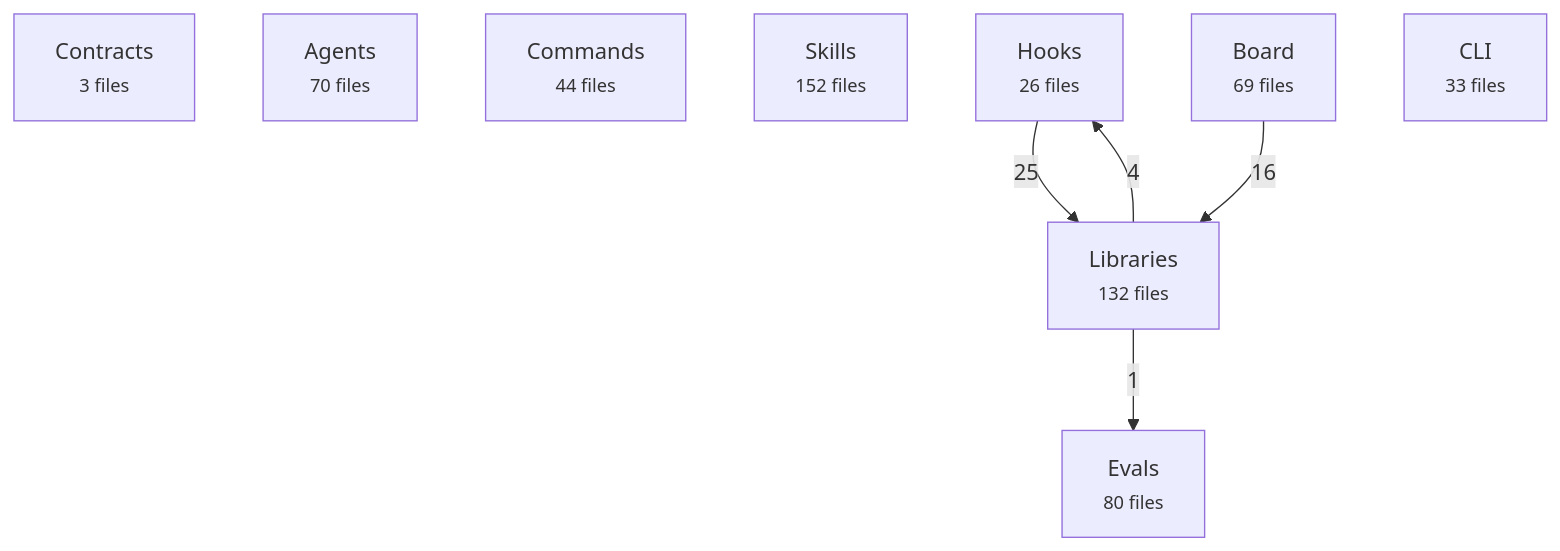
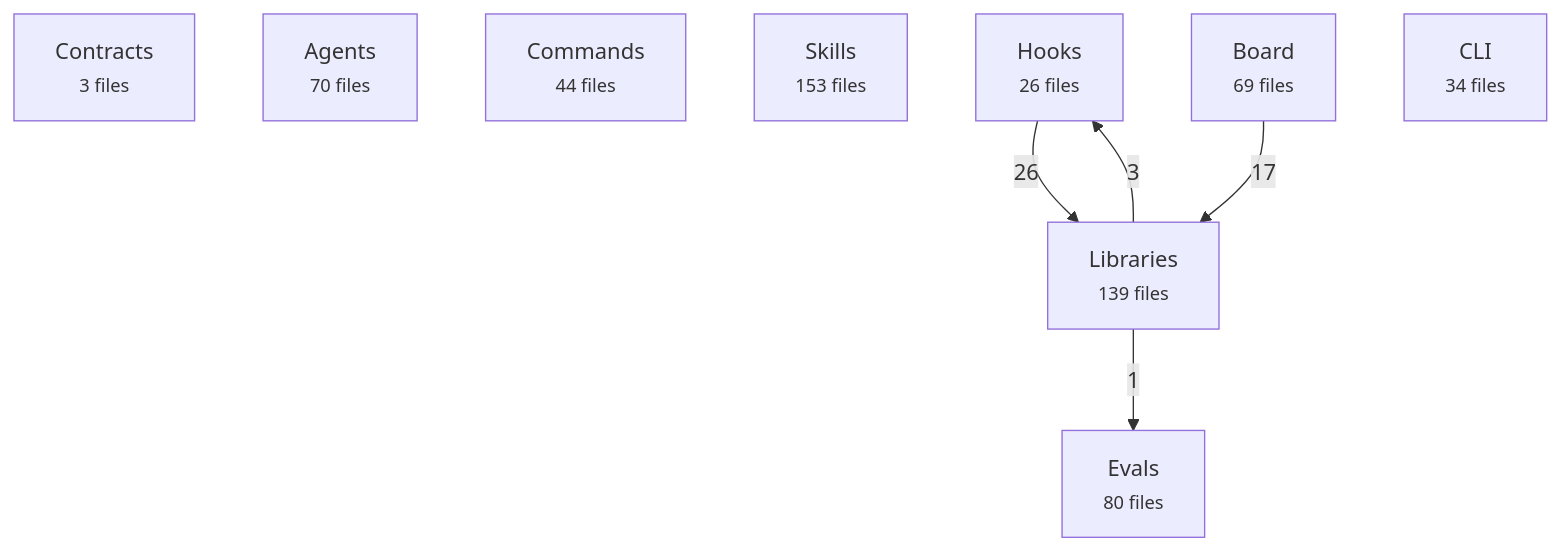
One commit to avelikiy/great_cto changed the first of 2 diagrams in docs/reference/architecture-map.md. Above: the diagram before and after it, drawn with Mermaid. The commit also changed other lines of this file, not shown here.

Commit message:
docs(reference): regenerate map for Codex host lifecycle

````diff
--- a/docs/reference/architecture-map.md
+++ b/docs/reference/architecture-map.md
@@ -20,16 +20,16 @@
 ```mermaid
 flowchart TD
   contracts["Contracts<br/><small>3 files</small>"]
   agents["Agents<br/><small>70 files</small>"]
   commands["Commands<br/><small>44 files</small>"]
-  skills["Skills<br/><small>152 files</small>"]
+  skills["Skills<br/><small>153 files</small>"]
   hooks["Hooks<br/><small>26 files</small>"]
-  libs["Libraries<br/><small>132 files</small>"]
+  libs["Libraries<br/><small>139 files</small>"]
   board["Board<br/><small>69 files</small>"]
-  cli["CLI<br/><small>33 files</small>"]
+  cli["CLI<br/><small>34 files</small>"]
   evals["Evals<br/><small>80 files</small>"]
-  hooks -->|25| libs
-  board -->|16| libs
-  libs -->|4| hooks
+  hooks -->|26| libs
+  board -->|17| libs
+  libs -->|3| hooks
   libs -->|1| evals
 ```
````
